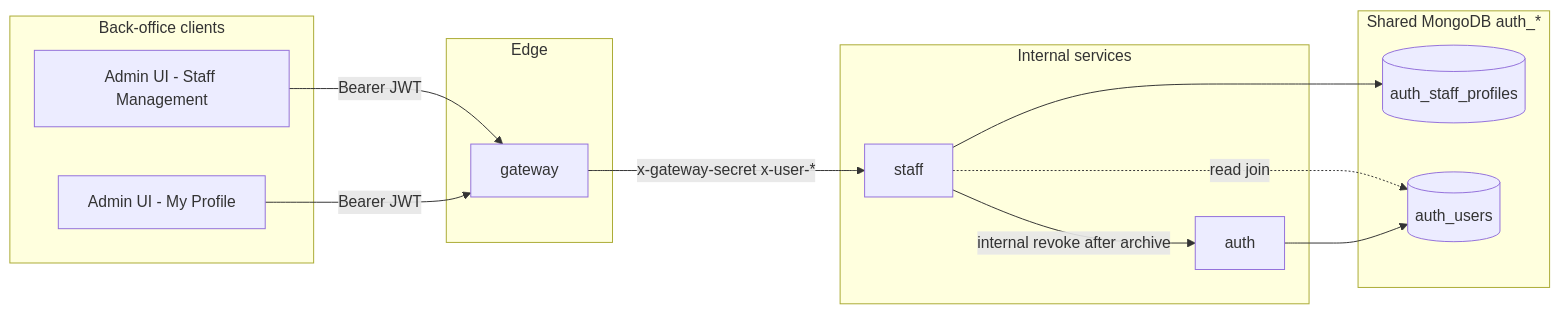
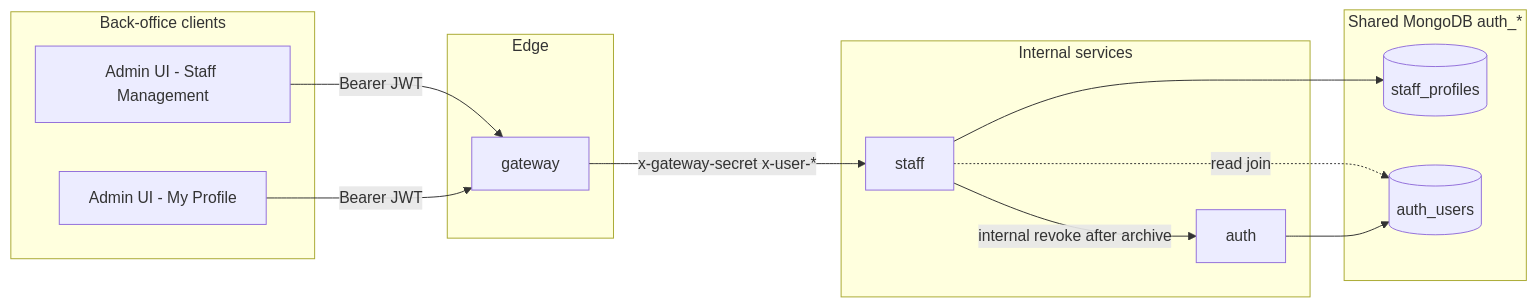
One commit to santanapol/ai-agent-template changed the first of 8 diagrams in backend/service/staff/docs/business-domain.md. Above: the diagram before and after it, drawn with Mermaid. The commit also changed other lines of this file and 303 other files, not shown here.

````diff
--- a/backend/service/staff/docs/business-domain.md
+++ b/backend/service/staff/docs/business-domain.md
@@ -31,25 +31,25 @@
 ```mermaid
 flowchart LR
   subgraph clients [Back-office clients]
     AdminUI[Admin UI - Staff Management]
     MyUI[Admin UI - My Profile]
   end
   subgraph edge [Edge]
     GW[gateway]
   end
   subgraph internal [Internal services]
     STAFF[staff]
     AUTH[auth]
   end
   subgraph data [Shared MongoDB auth_*]
-    PROFILES[(auth_staff_profiles)]
+    PROFILES[(staff_profiles)]
     USERS[(auth_users)]
   end
   AdminUI -->|Bearer JWT| GW
   MyUI -->|Bearer JWT| GW
   GW -->|x-gateway-secret x-user-*| STAFF
   STAFF --> PROFILES
   STAFF -.->|read join| USERS
   STAFF -->|internal revoke after archive| AUTH
   AUTH --> USERS
 ```
````
